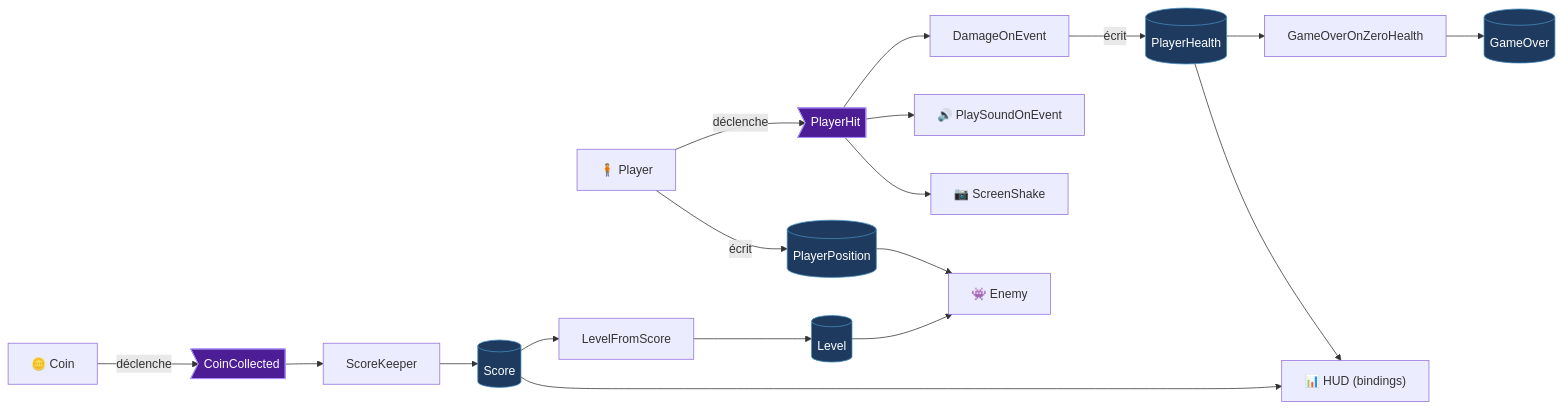
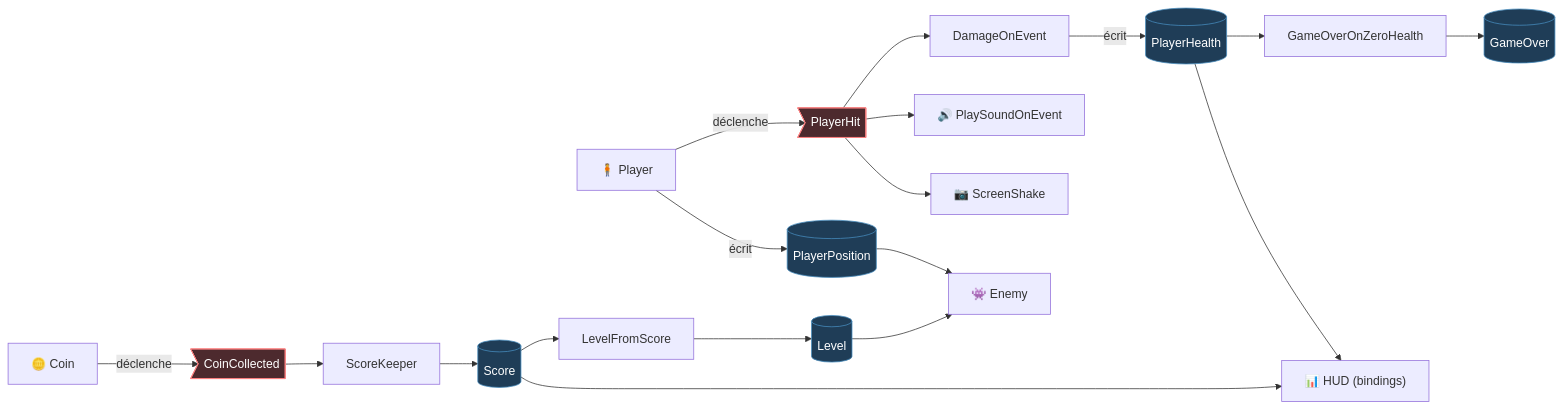
The third of 3 diagrams in presentation/slides.md (joranmarcy/Godot-MEDS-Comparison), drawn with Mermaid before and after one commit. The commit also changed other lines of this file and 11 other files, not shown here.

````diff
--- a/presentation/slides.md
+++ b/presentation/slides.md
@@ -917,24 +927,24 @@
 ```mermaid
 flowchart LR
   Player["🧍 Player"] -- "écrit" --> PP[("PlayerPosition")]
   PP --> Enemy["👾 Enemy"]
   Player -- "déclenche" --> PH>"PlayerHit"]
   PH --> Shake["📷 ScreenShake"]
   PH --> SFX["🔊 PlaySoundOnEvent"]
   PH --> DMG["DamageOnEvent"]
   DMG -- "écrit" --> HP[("PlayerHealth")]
   HP --> HUD["📊 HUD (bindings)"]
   HP --> GOZ["GameOverOnZeroHealth"]
   GOZ --> GO[("GameOver")]
   Coin["🪙 Coin"] -- "déclenche" --> CC>"CoinCollected"]
   CC --> SK["ScoreKeeper"]
   SK --> SC[("Score")]
   SC --> HUD
   SC --> LFS["LevelFromScore"]
   LFS --> LV[("Level")]
   LV --> Enemy
-  classDef var fill:#1e3a5f,stroke:#478cbf,color:#fff
-  classDef evt fill:#4c1d95,stroke:#a78bfa,color:#fff
+  classDef var fill:#1f3d57,stroke:#478cbf,color:#fff
+  classDef evt fill:#4d2a2e,stroke:#fc7f7f,color:#fff
   class PP,HP,GO,SC,LV var
   class PH,CC evt
 ```
````
